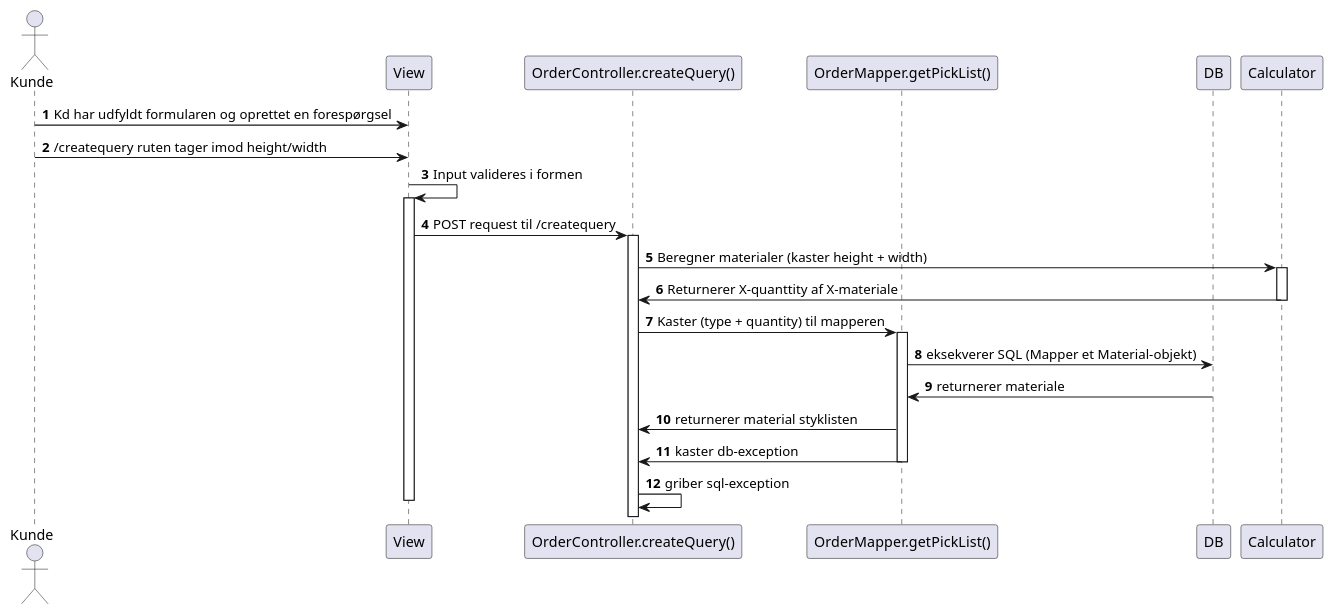
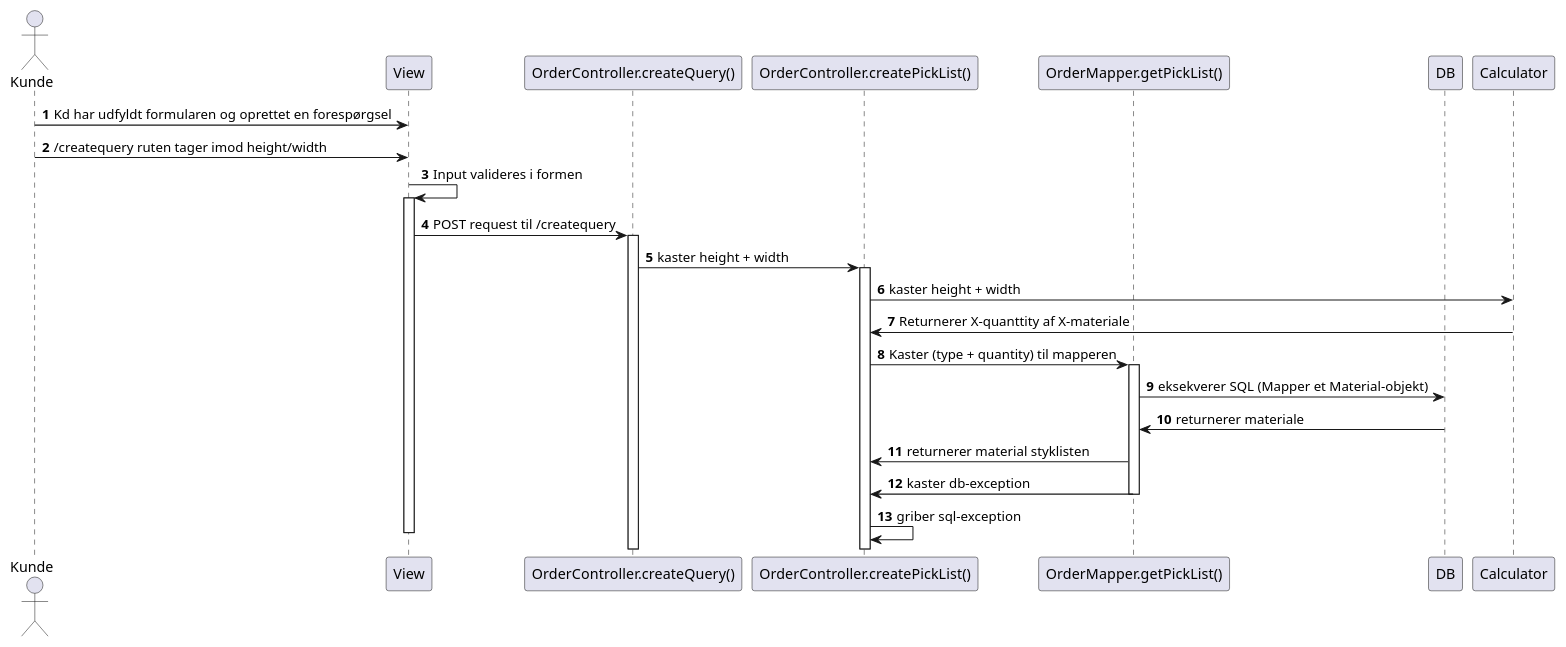
One commit to mridrisisci/fog-projekt changed the diagram in docs/Sequence diagrams/us3-beregn-stykliste.puml. Above: the diagram before and after it, drawn with PlantUML. The commit also changed 3 other files, not shown here.

Commit message:
opdateret v1-us3 sekv. diagram

```diff
--- a/docs/Sequence diagrams/us3-beregn-stykliste.puml
+++ b/docs/Sequence diagrams/us3-beregn-stykliste.puml
@@ -1,33 +1,35 @@
 @startuml
 'https://plantuml.com/sequence-diagram
 
 autonumber
 
 Actor Kunde
 participant View as V
 participant "OrderController.createQuery()" as C
+participant "OrderController.createPickList()" as C2
 participant "OrderMapper.getPickList()" as M
 participant DB
 participant Calculator
 
 Kunde -> V: Kd har udfyldt formularen og oprettet en forespørgsel
 Kunde -> V: /createquery ruten tager imod height/width
 V -> V: Input valideres i formen
 activate V
 V -> C: POST request til /createquery
 activate C
-C -> Calculator: Beregner materialer (kaster height + width)
-activate Calculator
-Calculator -> C: Returnerer X-quanttity af X-materiale
+C -> C2: kaster height + width
+activate C2
+C2 -> Calculator: kaster height + width
+Calculator -> C2: Returnerer X-quanttity af X-materiale
 deactivate Calculator
-C -> M: Kaster (type + quantity) til mapperen
+C2 -> M: Kaster (type + quantity) til mapperen
 activate M
 M -> DB: eksekverer SQL (Mapper et Material-objekt)
 DB -> M: returnerer materiale
-M -> C: returnerer material styklisten
-M -> C: kaster db-exception
+M -> C2: returnerer material styklisten
+M -> C2: kaster db-exception
 deactivate M
-C -> C: griber sql-exception
+C2 -> C2: griber sql-exception
 
 deactivate V
 @enduml
```
